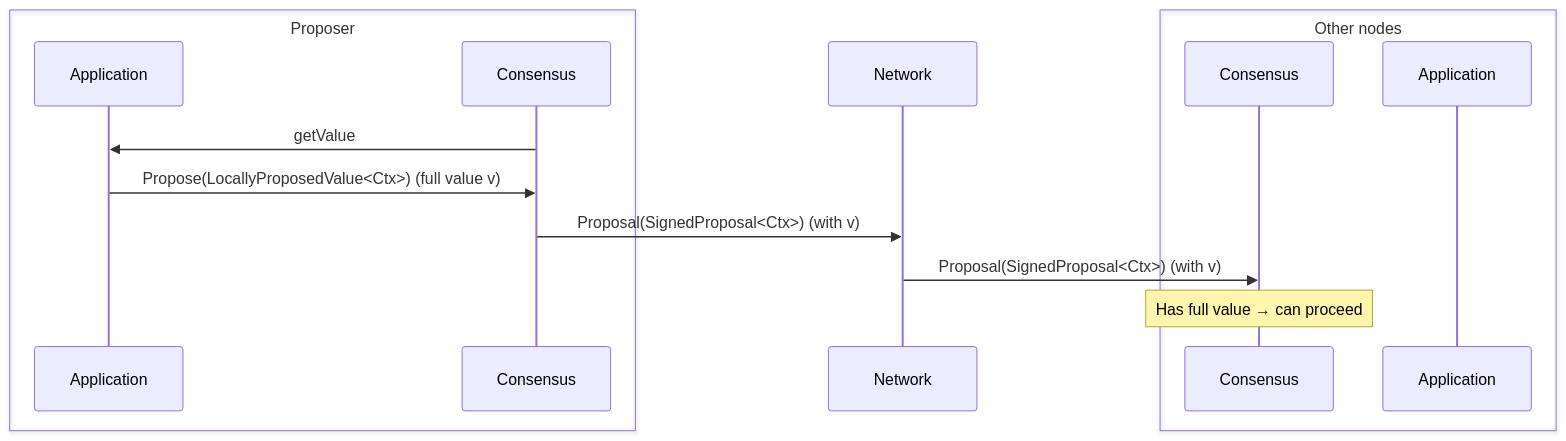
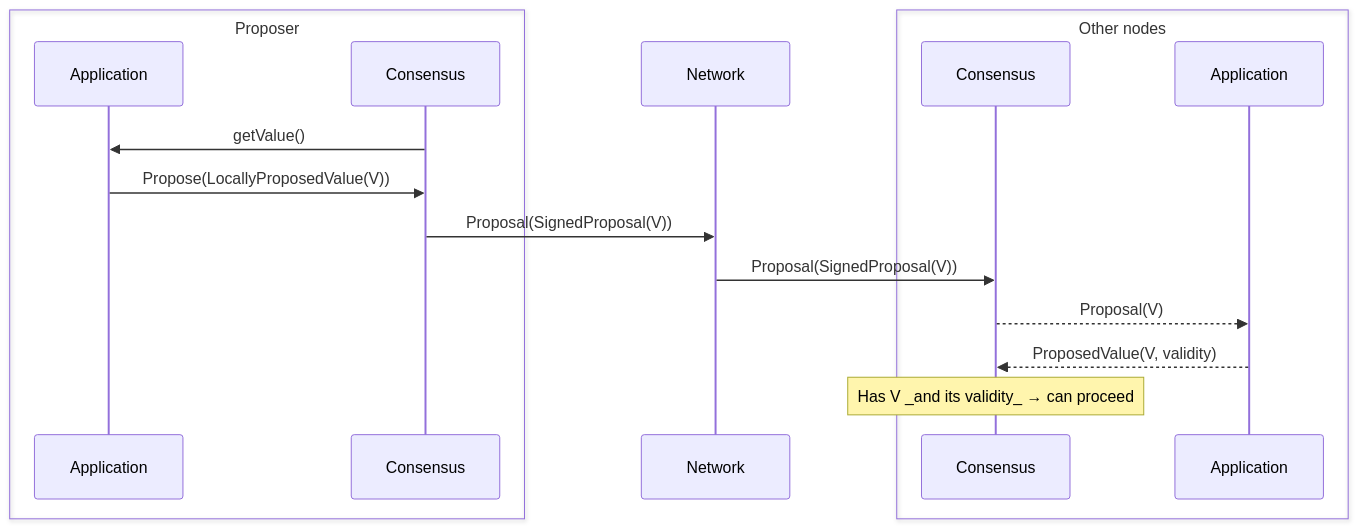
Before and after one commit to circlefin/malachite: the first of 3 diagrams in docs/architecture/adr-003-values-propagation.md, drawn with Mermaid. The commit also changed other lines of this file, not shown here.

Commit message:
Use V and v, fix diagrams, add some app requirements

````diff
--- a/docs/architecture/adr-003-values-propagation.md
+++ b/docs/architecture/adr-003-values-propagation.md
@@ -107,20 +127,24 @@
 ```mermaid
 sequenceDiagram
     box Proposer
       participant A1 as Application
       participant C1 as Consensus
     end
 
     participant N as Network
     
     box Other nodes
       participant C2 as Consensus
       participant A2 as Application
     end
 
-    C1->>A1: getValue
-    A1->>C1: Propose(LocallyProposedValue<Ctx>) (full value v)
-    C1->>N: Proposal(SignedProposal<Ctx>) (with v)
-    N->>C2: Proposal(SignedProposal<Ctx>) (with v)
-    Note over C2: Has full value → can proceed
+    C1->>A1: getValue()
+    A1->>C1: Propose(LocallyProposedValue(V))
+    C1->>N: Proposal(SignedProposal(V))
+    N->>C2: Proposal(SignedProposal(V))
+    C2-->>A2: Proposal(V)
+    A2-->>C2: ProposedValue(V, validity)
+
+    Note over C2: Has V _and its validity_ → can proceed
+
 ```
````
